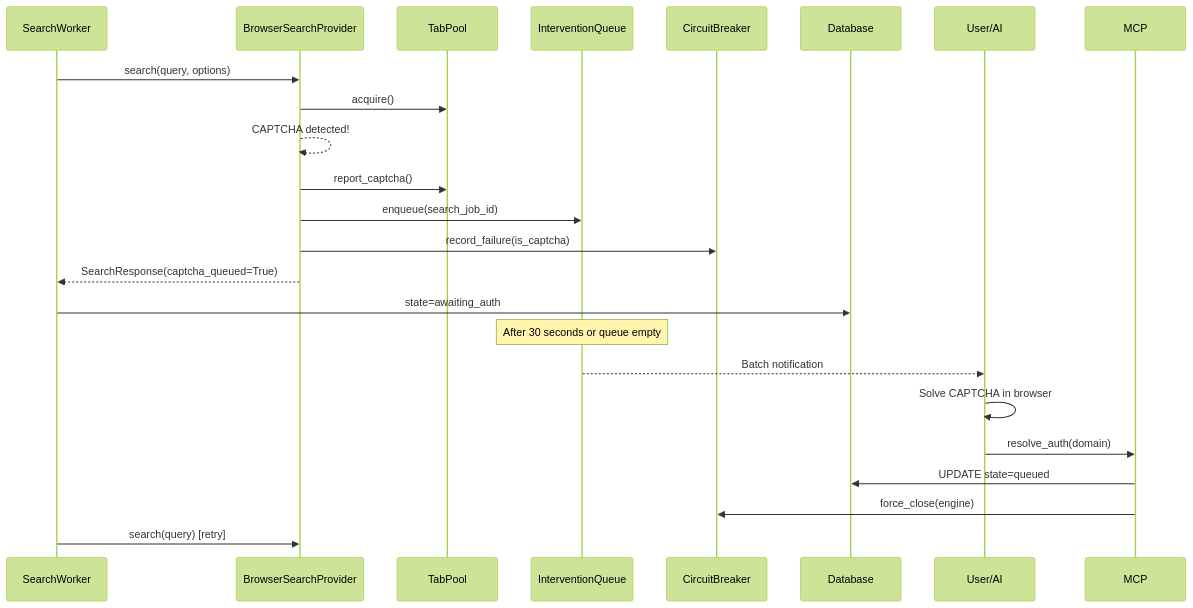
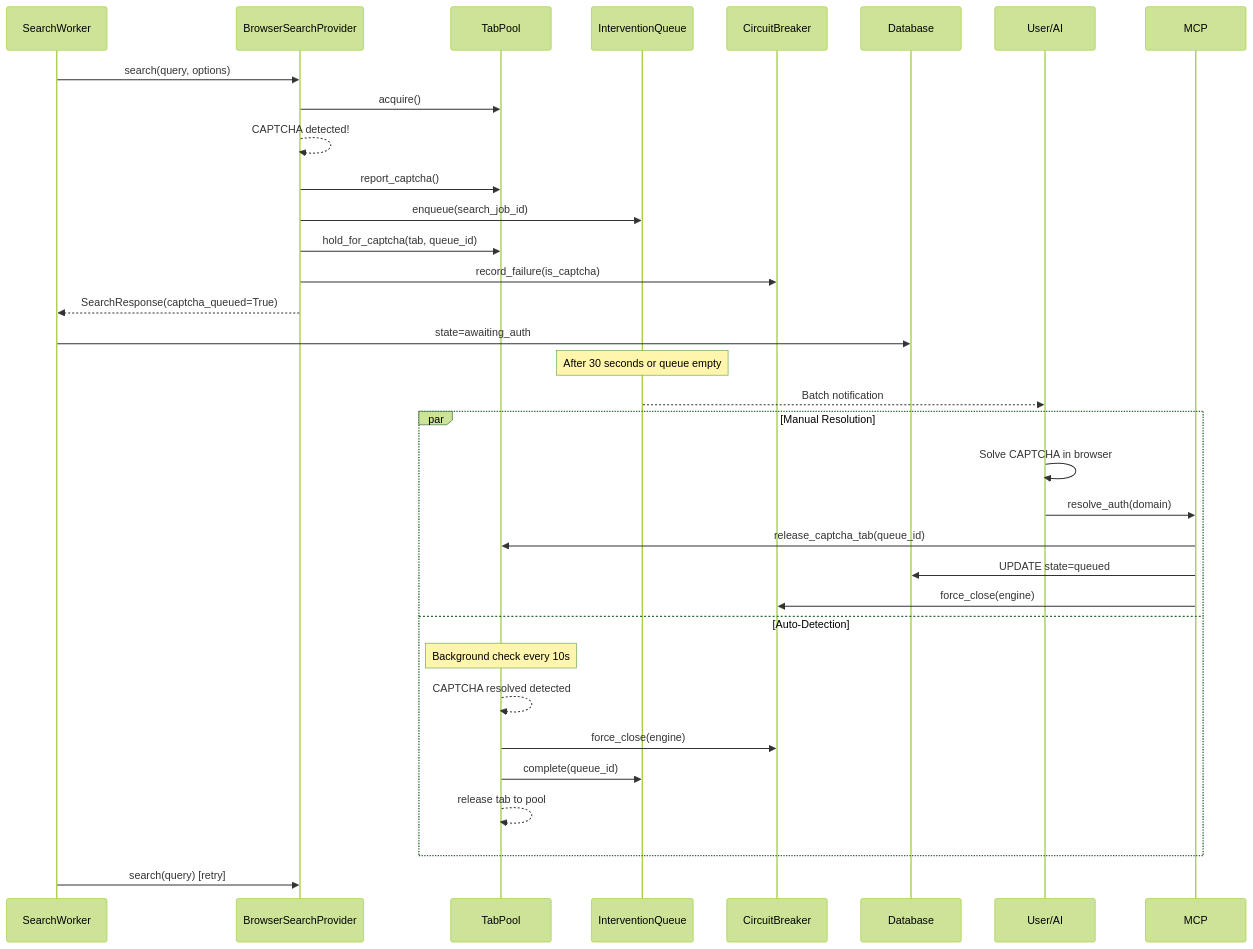
Before and after one commit to k-shibuki/lyra: the first of 2 diagrams in docs/adr/0007-human-in-the-loop-auth.md, drawn with Mermaid (forest theme). The commit also changed other lines of this file and 54 other files, not shown here.

````diff
--- a/docs/adr/0007-human-in-the-loop-auth.md
+++ b/docs/adr/0007-human-in-the-loop-auth.md
@@ -34,28 +34,39 @@
 ```mermaid
 sequenceDiagram
     participant W as SearchWorker
     participant BP as BrowserSearchProvider
     participant TP as TabPool
     participant IQ as InterventionQueue
     participant CB as CircuitBreaker
     participant DB as Database
     participant User as User/AI
 
     W->>BP: search(query, options)
     BP->>TP: acquire()
     BP-->>BP: CAPTCHA detected!
     BP->>TP: report_captcha()
     BP->>IQ: enqueue(search_job_id)
+    BP->>TP: hold_for_captcha(tab, queue_id)
     BP->>CB: record_failure(is_captcha)
     BP-->>W: SearchResponse(captcha_queued=True)
     W->>DB: state=awaiting_auth
 
     Note over IQ: After 30 seconds or queue empty
     IQ-->>User: Batch notification
 
-    User->>User: Solve CAPTCHA in browser
-    User->>MCP: resolve_auth(domain)
-    MCP->>DB: UPDATE state=queued
-    MCP->>CB: force_close(engine)
+    par Manual Resolution
+        User->>User: Solve CAPTCHA in browser
+        User->>MCP: resolve_auth(domain)
+        MCP->>TP: release_captcha_tab(queue_id)
+        MCP->>DB: UPDATE state=queued
+        MCP->>CB: force_close(engine)
+    and Auto-Detection
+        Note over TP: Background check every 10s
+        TP-->>TP: CAPTCHA resolved detected
+        TP->>CB: force_close(engine)
+        TP->>IQ: complete(queue_id)
+        TP-->>TP: release tab to pool
+    end
+
     W->>BP: search(query) [retry]
 ```
````
